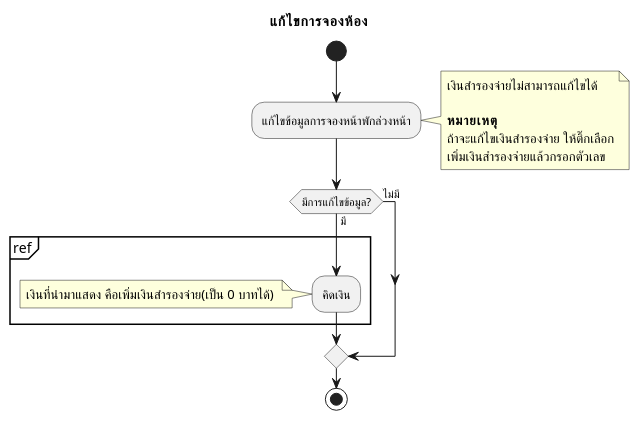
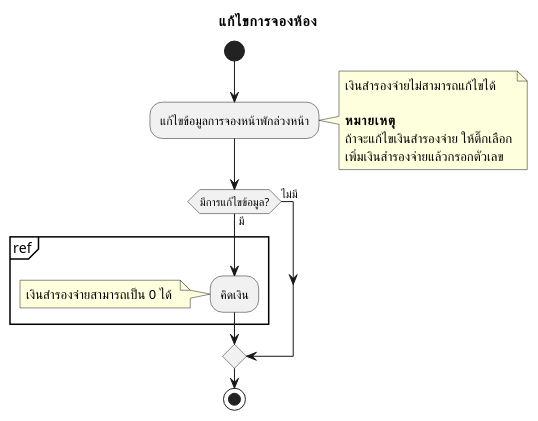
The diagram in activity-diagram/reservation/editreservation.md (cheat13/Prompiman_Diagram), drawn with PlantUML before and after one commit. The commit also changed 19 other files, not shown here.

```diff
--- a/activity-diagram/reservation/editreservation.md
+++ b/activity-diagram/reservation/editreservation.md
@@ -1,24 +1,24 @@
 @startuml
 title แก้ไขการจองห้อง
 start
 :แก้ไขข้อมูลการจองหน้าพักล่วงหน้า;
 note right
 เงินสำรองจ่ายไม่สามารถแก้ไขได้
 
 **หมายเหตุ**
 ถ้าจะแก้ไขเงินสำรองจ่าย ให้ติ๊กเลือก
 เพิ่มเงินสำรองจ่ายแล้วกรอกตัวเลข
 end note
 
 if(มีการแก้ไขข้อมูล?) then (มี);
 partition ref {
 	:คิดเงิน;
 }
 note left
-เงินที่นำมาแสดง คือเพิ่มเงินสำรองจ่าย(เป็น 0 บาทได้) 
+เงินสำรองจ่ายสามารถเป็น 0 ได้ 
 end note
 else(ไม่มี)
 endif
 stop
 
 @enduml
```
